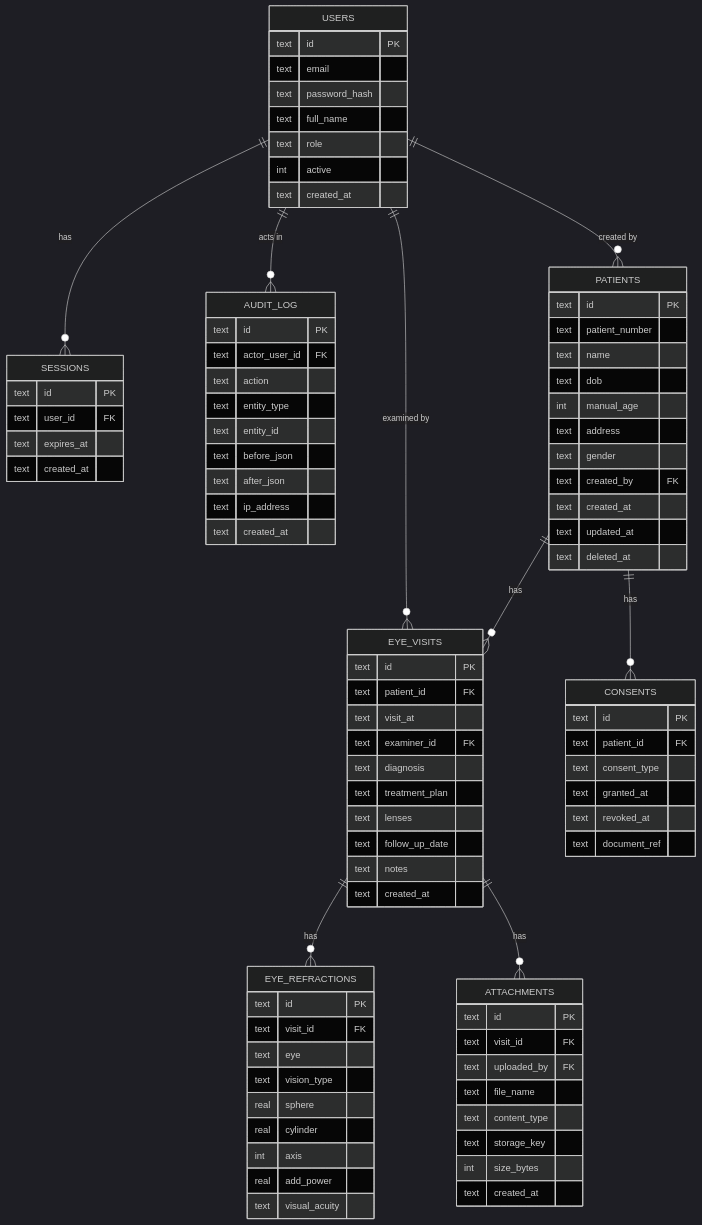
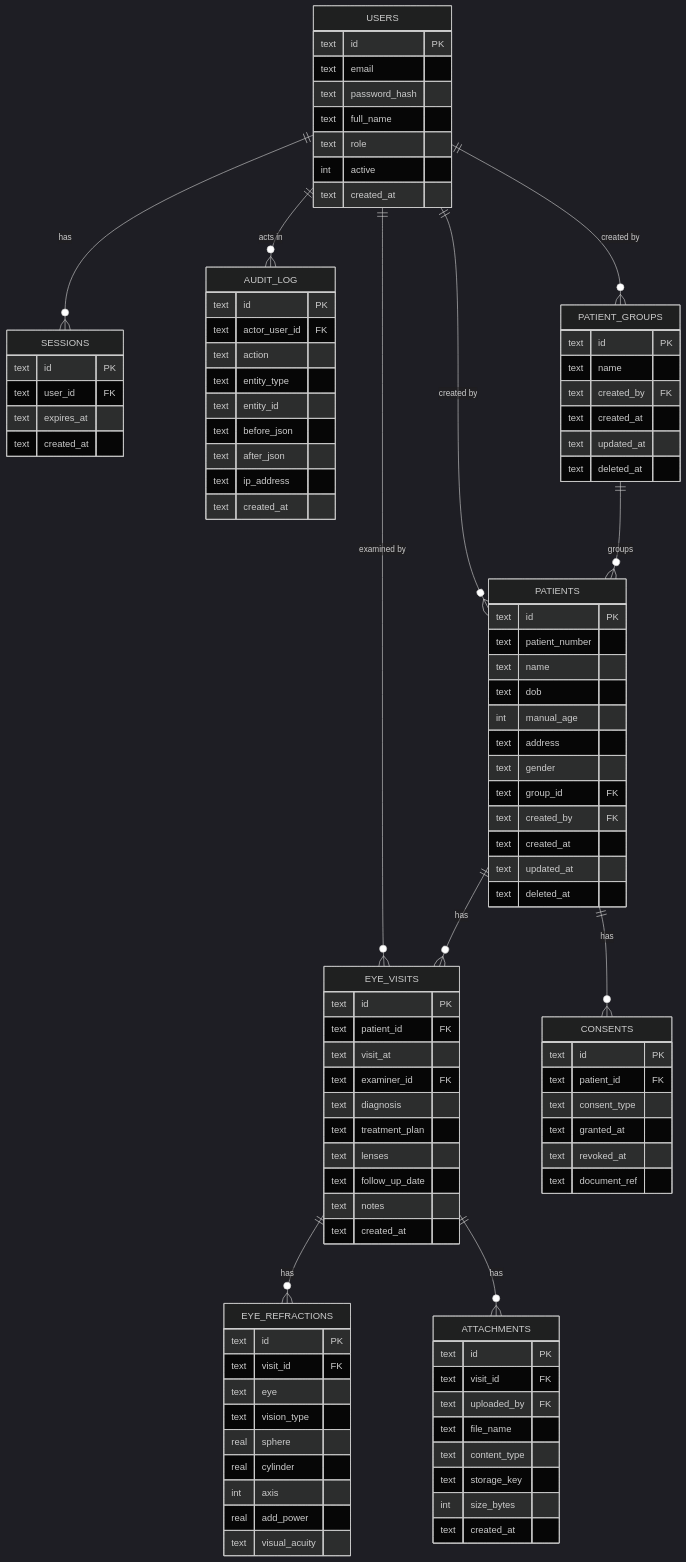
One commit to hashwani19/Testhash changed the second of 2 diagrams in docs/design.md. Above: the diagram before and after it, drawn with Mermaid (dark theme). The commit also changed other lines of this file, not shown here.

First line of the commit message:
Add patient groups (admin-managed categories) to the design

```diff
--- a/docs/design.md
+++ b/docs/design.md
@@ -115,6 +126,8 @@
     USERS ||--o{ AUDIT_LOG : "acts in"
     USERS ||--o{ PATIENTS : "created by"
     USERS ||--o{ EYE_VISITS : "examined by"
+    USERS ||--o{ PATIENT_GROUPS : "created by"
+    PATIENT_GROUPS ||--o{ PATIENTS : groups
     PATIENTS ||--o{ EYE_VISITS : has
     PATIENTS ||--o{ CONSENTS : has
     EYE_VISITS ||--o{ EYE_REFRACTIONS : has
@@ -129,6 +142,14 @@
         int active
         text created_at
     }
+    PATIENT_GROUPS {
+        text id PK
+        text name
+        text created_by FK
+        text created_at
+        text updated_at
+        text deleted_at
+    }
     PATIENTS {
         text id PK
         text patient_number
@@ -137,6 +158,7 @@
         int manual_age
         text address
         text gender
+        text group_id FK
         text created_by FK
         text created_at
         text updated_at
```
